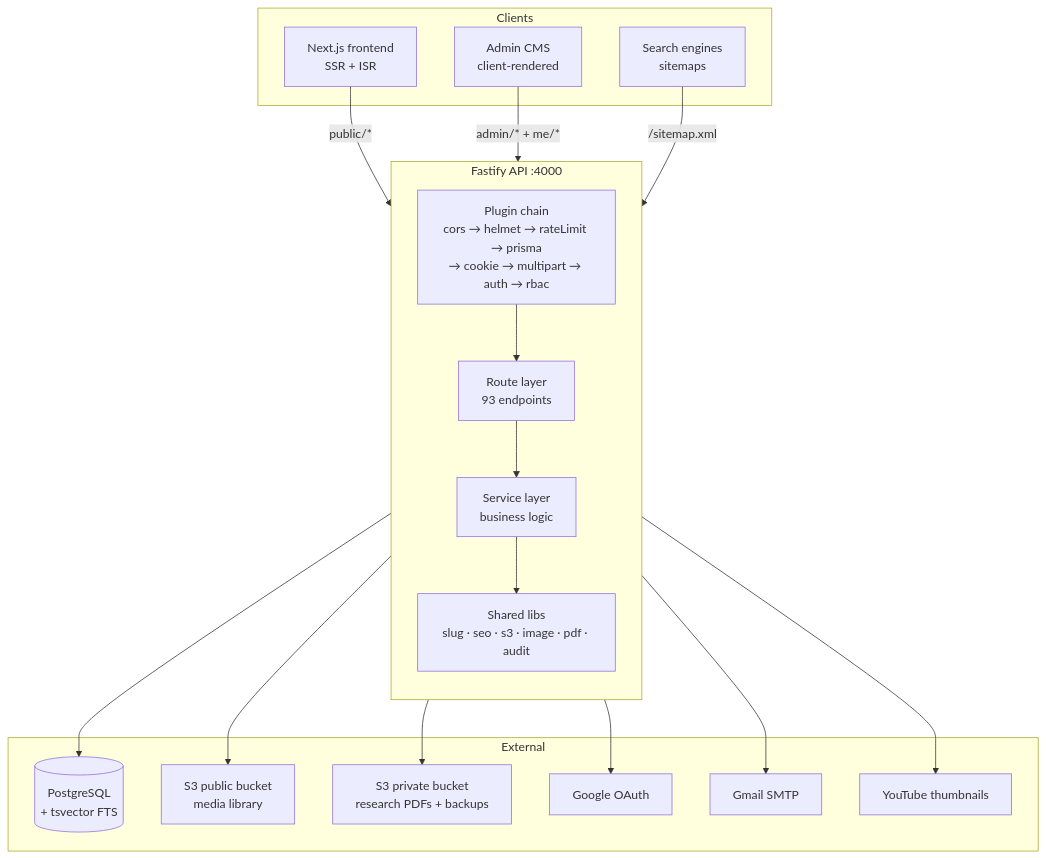
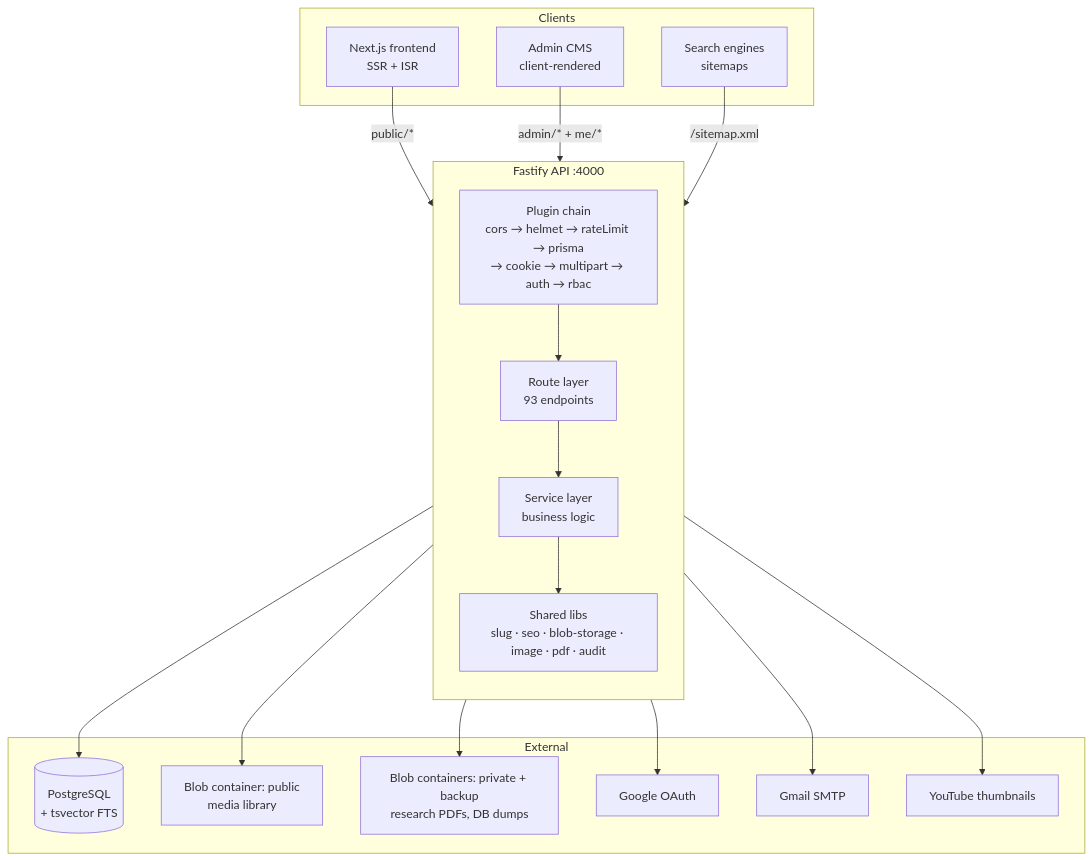
Before and after one commit to mahavi-official/NikunjaWebBackend: the first of 17 diagrams in ARCHITECTURE.md, drawn with Mermaid. The commit also changed other lines of this file and 23 other files, not shown here.

Commit message:
Updated the code from s3 bucket to blub storage

````diff
--- a/ARCHITECTURE.md
+++ b/ARCHITECTURE.md
@@ -79,39 +79,39 @@
 ```mermaid
 graph TB
     subgraph Clients
         NEXT[Next.js frontend<br/>SSR + ISR]
         CMS[Admin CMS<br/>client-rendered]
         BOT[Search engines<br/>sitemaps]
     end
 
     subgraph "Fastify API :4000"
         direction TB
         PLUGINS[Plugin chain<br/>cors → helmet → rateLimit → prisma<br/>→ cookie → multipart → auth → rbac]
         ROUTES[Route layer<br/>93 endpoints]
         SERVICES[Service layer<br/>business logic]
-        LIBS[Shared libs<br/>slug · seo · s3 · image · pdf · audit]
+        LIBS[Shared libs<br/>slug · seo · blob-storage · image · pdf · audit]
     end
 
     subgraph External
         PG[(PostgreSQL<br/>+ tsvector FTS)]
-        S3PUB[S3 public bucket<br/>media library]
-        S3PRIV[S3 private bucket<br/>research PDFs + backups]
+        BLOBPUB[Blob container: public<br/>media library]
+        BLOBPRIV[Blob containers: private + backup<br/>research PDFs, DB dumps]
         GOOGLE[Google OAuth]
         SMTP[Gmail SMTP]
         YT[YouTube thumbnails]
     end
 
     NEXT -->|public/*| PLUGINS
     CMS -->|admin/* + me/*| PLUGINS
     BOT -->|/sitemap.xml| PLUGINS
 
     PLUGINS --> ROUTES
     ROUTES --> SERVICES
     SERVICES --> LIBS
     SERVICES --> PG
-    LIBS --> S3PUB
-    LIBS --> S3PRIV
+    LIBS --> BLOBPUB
+    LIBS --> BLOBPRIV
     LIBS --> SMTP
     ROUTES --> GOOGLE
     SERVICES --> YT
 ```
````
